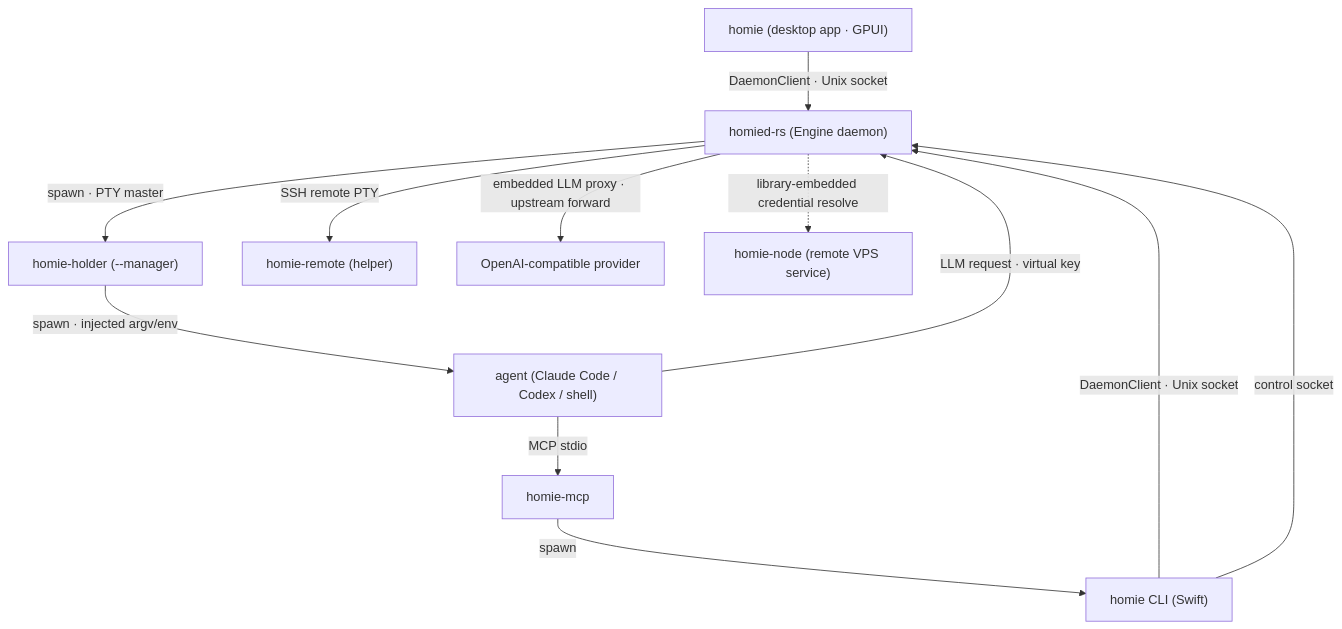
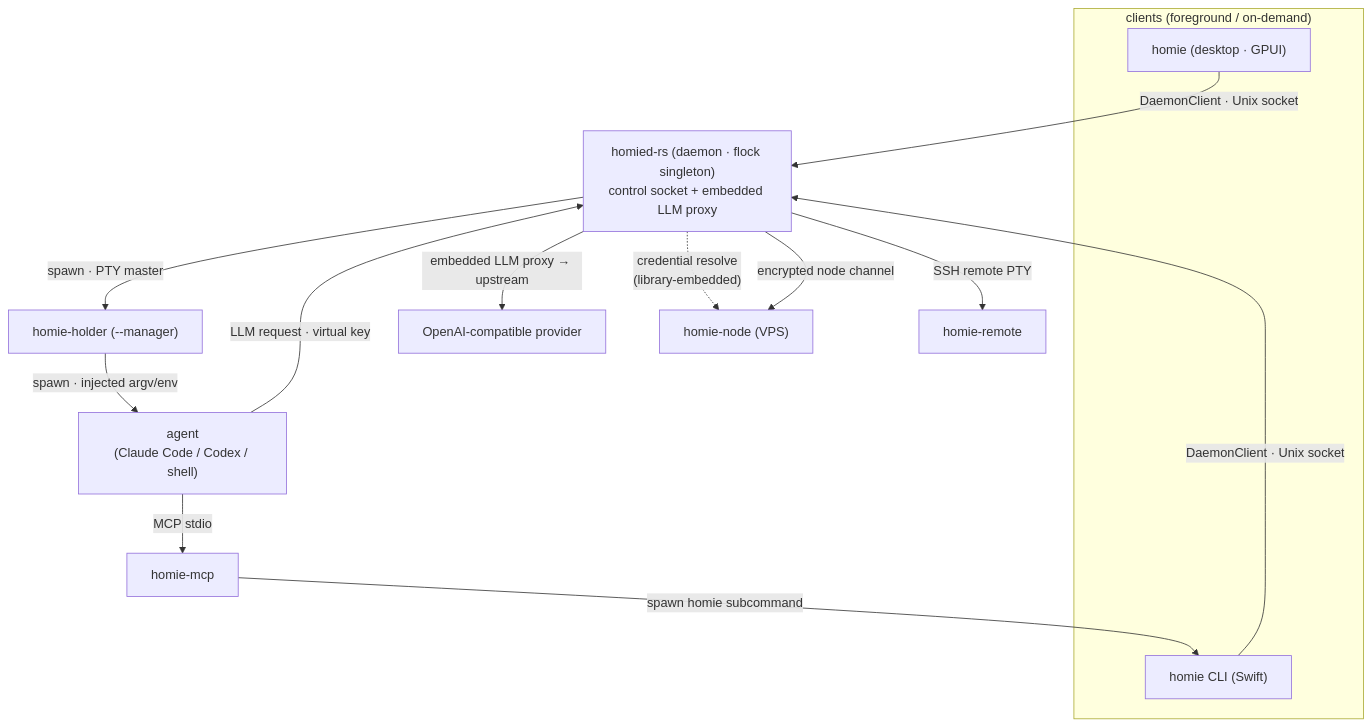
One commit to superops-team/homie changed the first of 7 diagrams in README.md. Above: the diagram before and after it, drawn with Mermaid. The commit also changed other lines of this file, not shown here.

Commit message:
docs(readme): refresh architecture/flow/sequence diagrams for daemon-embedded gateway
change_id: llm-gateway-daemon-embed · Beads: homie-6md

- Restructure the top-level architecture graph with a client subgraph and an
  explicit daemon node that carries both the control socket and the embedded
  LLM proxy.
- Surface homie-node's dual role: library-embedded credential resolve plus the
  encrypted remote execution channel (alongside the SSH homie-remote path).
- Correct the dependency-direction map to match actual Cargo.toml edges
  (homie-app/homie-remote/homie-engine).
- Mark homie-engine and the gateway as owning the embedded LLM proxy in the
  module map; align the spawn sequence label (virtual key, not gateway).

````diff
--- a/README.md
+++ b/README.md
@@ -37,18 +37,25 @@
 ```mermaid
 graph TD
-    App["homie (desktop app · GPUI)"] -->|"DaemonClient · Unix socket"| Daemon["homied-rs (Engine daemon)"]
-    CLI["homie CLI (Swift)"] -->|"DaemonClient · Unix socket"| Daemon
+    subgraph Clients["clients (foreground / on-demand)"]
+        App["homie (desktop · GPUI)"]
+        CLI["homie CLI (Swift)"]
+    end
+
+    Daemon["homied-rs (daemon · flock singleton)<br/>control socket + embedded LLM proxy"]
+
+    App -->|"DaemonClient · Unix socket"| Daemon
+    CLI -->|"DaemonClient · Unix socket"| Daemon
 
     Daemon -->|"spawn · PTY master"| Holder["homie-holder (--manager)"]
-    Holder -->|"spawn · injected argv/env"| Agent["agent (Claude Code / Codex / shell)"]
+    Holder -->|"spawn · injected argv/env"| Agent["agent<br/>(Claude Code / Codex / shell)"]
 
     Agent -->|"MCP stdio"| MCP["homie-mcp"]
-    MCP -->|"spawn"| CLI
-    CLI -->|"control socket"| Daemon
-
-    Daemon -->|"SSH remote PTY"| Remote["homie-remote (helper)"]
+    MCP -->|"spawn homie subcommand"| CLI
 
     Agent -->|"LLM request · virtual key"| Daemon
-    Daemon -->|"embedded LLM proxy · upstream forward"| Provider["OpenAI-compatible provider"]
-    Daemon -.->|"library-embedded credential resolve"| Node["homie-node (remote VPS service)"]
+    Daemon -->|"embedded LLM proxy → upstream"| Provider["OpenAI-compatible provider"]
+    Daemon -.->|"credential resolve<br/>(library-embedded)"| Node["homie-node (VPS)"]
+
+    Daemon -->|"SSH remote PTY"| Remote["homie-remote"]
+    Daemon -->|"encrypted node channel"| Node
 ```
````
